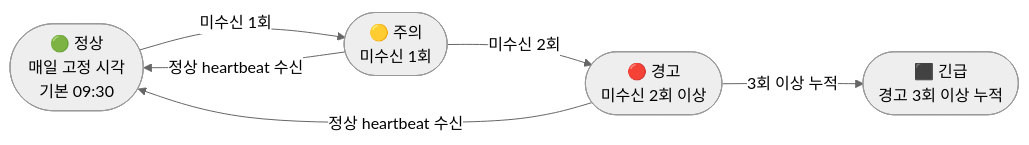
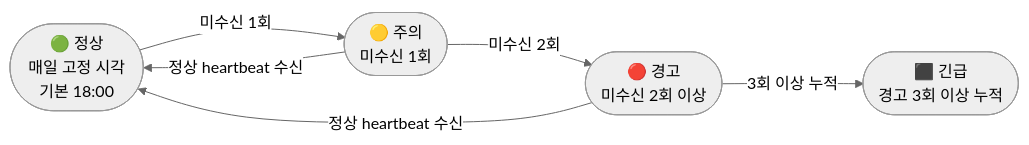
The fifth of 8 diagrams in .claude/rules/heartbeat_flowchart.md (l10s18bok/kr.co.anbucheck), drawn with Mermaid (neutral theme) before and after one commit. The commit also changed other lines of this file and 2 other files, not shown here.

````diff
--- a/.claude/rules/heartbeat_flowchart.md
+++ b/.claude/rules/heartbeat_flowchart.md
@@ -191,13 +191,13 @@
 ```mermaid
 flowchart LR
-    Normal([🟢 정상<br/>매일 고정 시각<br/>기본 09:30])
+    Normal([🟢 정상<br/>매일 고정 시각<br/>기본 18:00])
     Caution([🟡 주의<br/>미수신 1회])
     Warning([🔴 경고<br/>미수신 2회 이상])
     Urgent([⬛ 긴급<br/>경고 3회 이상 누적])
 
     Normal -->|미수신 1회| Caution
     Caution -->|미수신 2회| Warning
     Warning -->|3회 이상 누적| Urgent
     Caution -->|정상 heartbeat 수신| Normal
     Warning -->|정상 heartbeat 수신| Normal
 ```
````
